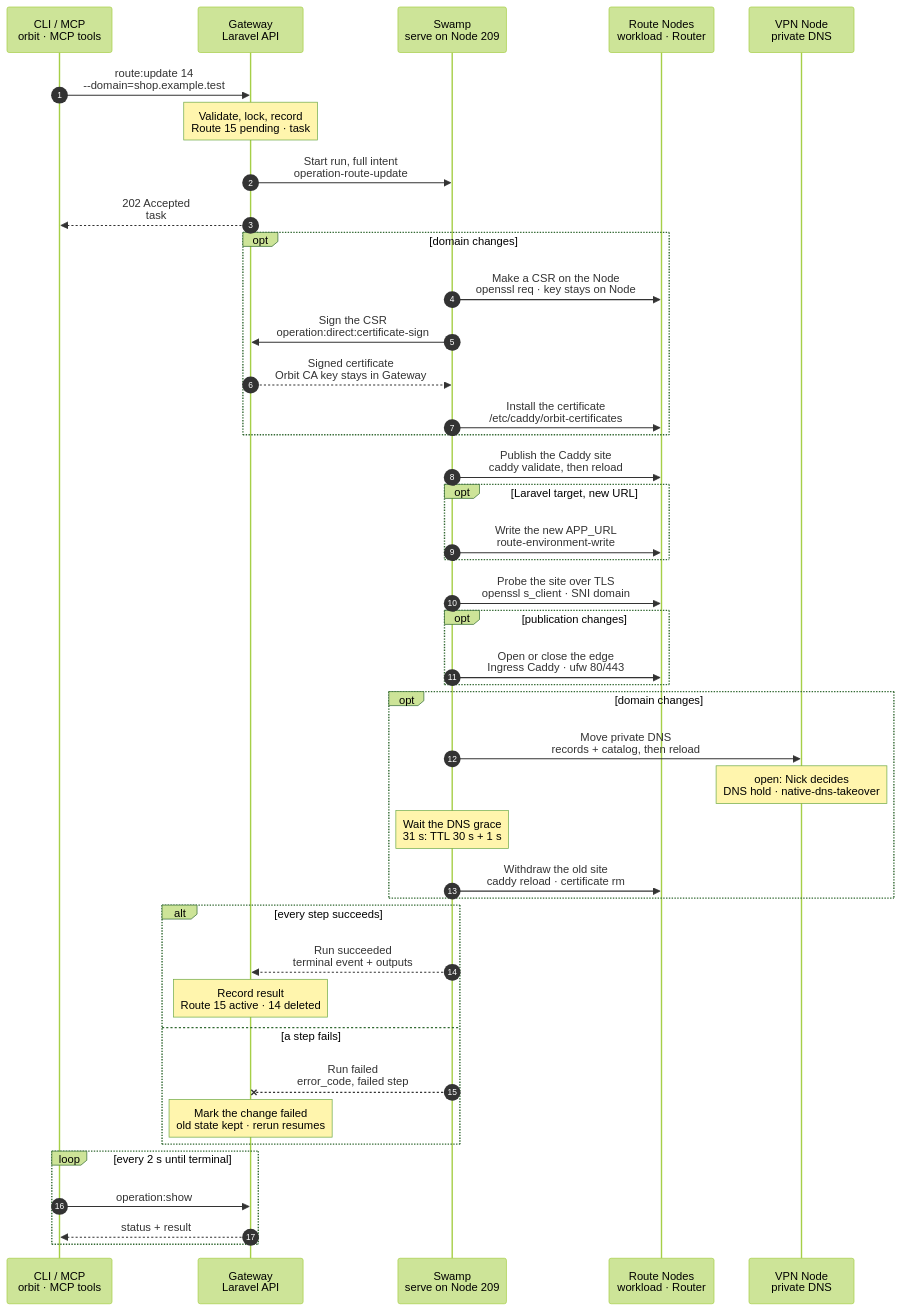
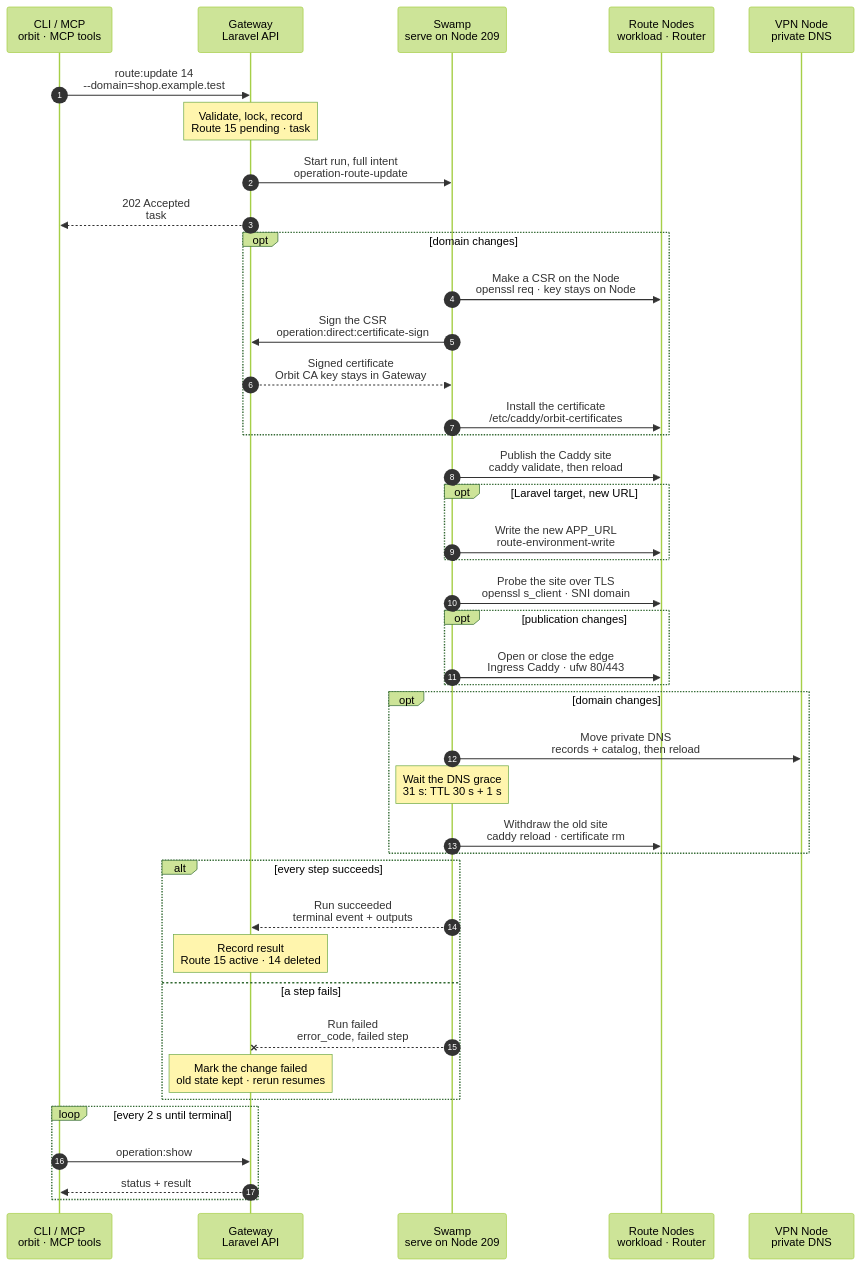
The diagram in docs/flows/route.update.mmd (hardimpactdev/orbit), drawn with Mermaid (forest theme) before and after one commit.

Commit message:
docs(flows): route.update

```diff
--- a/docs/flows/route.update.mmd
+++ b/docs/flows/route.update.mmd
@@ -1,154 +1,150 @@
 sequenceDiagram
-  %% Target design: ADR 0244 task, DECISIONS R1-R4 + 2 (DNS hold), firewall.allow shape, Gateway signs CSRs (root-of-trust), single-swamp-node. docs/cli/route.mdx, docs/reference/routes.md (Change an existing Route).
+  %% Target design: ADR 0244 task, DECISIONS R1-R4, firewall.allow shape, Gateway signs CSRs (root-of-trust), single-swamp-node. docs/cli/route.mdx, docs/reference/routes.md (Change an existing Route).
   %% status: draft
   %% command: route:update
   autonumber
   %% lane CLI icon=terminal pill=caller tone=gray
   %% lane GW icon=gateway pill=intent tone=blue
   %% lane SW icon=workflow pill=executes tone=green
   %% lane N icon=server pill=target tone=amber
   %% lane V icon=server pill=target tone=purple
   participant CLI as CLI / MCP<br/>orbit · MCP tools
   participant GW as Gateway<br/>Laravel API
   participant SW as Swamp<br/>serve on Node 209
   participant N as Route Nodes<br/>workload · Router
   participant V as VPN Node<br/>private DNS
   CLI->>GW: route:update 14<br/>--domain=shop.example.test
   %%> Command:
   %%> - `orbit route:update 14 --domain=shop.example.test`
   %%> - syntax: `<route> [--domain=DOMAIN] [--publication=private|public] [--web-root=PATH]`
   %%> Input:
   %%> - Route 14, with at least one option
   %%> - `--web-root` goes on its own; `--web-root=` clears it
   %%> Three changes:
   %%> - domain: a replacement Route takes over, so you get a new Route ID
   %%> - publication: the public edge opens or closes; the Route ID stays
   %%> - web root: the Caddy site serves another directory; the Route ID stays
   Note over GW: Validate, lock, record<br/>Route 15 pending · task #5160
   %%> Requirements:
   %%> - your Node has an access grant to Node 7, the Node of the Route's target
   %%> - Route 14 is an explicit app Route; generated domains change only through `instance:rename`
   %%> - the new domain is valid, free, and not reserved
   %%> - no other domain change runs for Route 14 (`route.domain_change_conflict`)
   %%> - a public Route needs production targets and a serving Ingress
   %%> Locks:
   %%> - the projection lock and the environment owner of every target Instance
   %%> - a busy lock is waited for up to 30 s, then `app-dev.projection_busy`
   %%> Result:
   %%> - for a domain change: replacement Route 15 recorded as `pending`, with the same Project, scope, targets and publication
   %%> - Route 14 stays `active` and is still the only Route that serves
   %%> - task #5160 recorded with the full intent; nothing has happened on a Node yet
   GW->>SW: Start run, full intent<br/>operation-route-update
   %%> What it does:
   %%> - starts one Swamp run on serve (Node 209)
   %%> Inputs:
   %%> - the rendered Caddy blocks before and after, per Node
   %%> - the certificate leaves, LAN tuples, DNS records and probes
   %%> - the new `APP_URL`; production `.env` material only as vault key names (R3)
   %%> - each Node's address and SSH host keys; the SSH identity comes from the `swamp` role
   GW-->>CLI: 202 Accepted<br/>task #5160
   %%> What you get:
   %%> - the task number, at once
   %%> Next:
   %%> - the CLI follows the task with `operation:show`
   opt domain changes
     SW->>N: Make a CSR on the Node<br/>openssl req · key stays on Node
     %%> How:
     %%> - Swamp reaches Node 7, and the Router for a Cluster Route, over `@swamp/ssh` from 209
     %%> What it does:
     %%> - makes a new key and a certificate request for `shop.example.test`, under Route 15's own scope
     %%> Why its own scope:
     %%> - the old site keeps its certificate until cleanup, so both names serve during the change
     SW->>GW: Sign the CSR<br/>operation:direct:certificate-sign
     %%> What it does:
     %%> - sends the CSRs with task #5160 and the run id
     %%> Why:
     %%> - the Orbit CA key stays in the Gateway; signing is the one step that calls the Gateway
     GW-->>SW: Signed certificate<br/>Orbit CA key stays in Gateway
     %%> Returns:
     %%> - one public certificate bundle per leaf
     SW->>N: Install the certificate<br/>/etc/caddy/orbit-certificates
     %%> What it does:
     %%> - writes the certificate next to its key, owned `root:caddy`, mode 0750, and checks it
   end
   SW->>N: Publish the Caddy site<br/>caddy validate, then reload
   %%> What it does:
   %%> - domain: adds the new site next to the old one
   %%> - web root: points the site at the new directory, after the web-root access step for a development target
   %%> - validates the whole Caddyfile, then reloads Caddy; never a restart (rule 7)
   %%> Refuses:
   %%> - a validation error; the old Caddyfile stays in place
   opt Laravel target, new URL
     SW->>N: Write the new APP_URL<br/>route-environment-write
     %%> What it does:
     %%> - development: sets `APP_URL` in `.env` and in the cached configuration
     %%> - production: renders the stored environment against the new Route and replaces only the home's `.env`
     %%> Not included:
     %%> - Composer, Artisan, deploy or restart commands
   end
   SW->>N: Probe the site over TLS<br/>openssl s_client · SNI domain
   %%> What it does:
   %%> - connects from 209 to the workload, or the Router, on port 443 with the new domain as SNI
   %%> - requires a chain the Orbit root trusts
   %%> Why:
   %%> - nothing moves to the new state before the site serves
   opt publication changes
     SW->>N: Open or close the edge<br/>Ingress Caddy · ufw 80/443
     %%> What it does:
     %%> - public: publishes the Ingress site, then opens `orbit:ingress-http` and `orbit:ingress-https`
     %%> - private: withdraws the Ingress site; closes both rules when no public Route is left in the Cluster
     %%> Not included:
     %%> - the public DNS record and Let's Encrypt issuance; Caddy retries issuance on its own
   end
   opt domain changes
     SW->>V: Move private DNS<br/>records + catalog, then reload
     %%> What it does:
     %%> - publishes `shop.example.test` and removes `shop.test`
     %%> - checks the loaded catalog and a DNS reply
     %%> Cutover:
     %%> - from here the new domain is the one that serves; a later failure recovers forward
-    Note over V: open: Nick decides<br/>DNS hold · native-dns-takeover
-    %%> Open:
-    %%> - DNS publication is under the DNS hold; Nick decides (rule 9)
-    %%> - until then, the run skips this step and Route work stays same-Node work
     Note over SW: Wait the DNS grace<br/>31 s: TTL 30 s + 1 s
     %%> Why:
     %%> - resolvers that honor the TTL stop asking for the old name before its site leaves
     %%> How:
     %%> - a native wait in the run; it holds no Gateway lock
     SW->>N: Withdraw the old site<br/>caddy reload · certificate rm
     %%> What it does:
     %%> - removes Route 14's site blocks and reloads Caddy
     %%> - then removes Route 14's certificate scopes and the LAN tuples no other Route needs
   end
   alt every step succeeds
     SW-->>GW: Run succeeded<br/>terminal event + outputs
     %%> How the Gateway learns it:
     %%> - its shared run reader sees the terminal event; Swamp never calls the Gateway
     Note over GW: Record result<br/>Route 15 active · 14 deleted
     %%> Result:
     %%> - domain: Route 15 becomes `active`; Route 14 is deleted and its domain released
     %%> - publication or web root: Route 14 keeps its ID and gets the new value
     %%> - task #5160 succeeds
   else a step fails
     SW--xGW: Run failed<br/>error_code, failed step
     %%> The Gateway reads:
     %%> - which step failed, its error code, and whether DNS had moved
     Note over GW: Mark the change failed<br/>old state kept · rerun resumes
     %%> Result before the DNS move:
     %%> - Route 15 is marked `failed`; Route 14 stays `active` and unchanged
     %%> - the new site stays on the Node; it serves no name, so it is harmless
     %%> Result after the DNS move:
     %%> - Route 15 serves; Route 14 is `retiring` until a rerun finishes cleanup
     %%> Retry:
     %%> - run the same command again; it skips finished steps and continues
     %%> - to abandon a change that never moved DNS, run `route:destroy 15`
   end
   loop every 2 s until terminal
     CLI->>GW: operation:show #5160
     %%> What it does:
     %%> - asks for the task's status every 2 seconds until it has ended
     GW-->>CLI: status + result
     %%> Returns:
     %%> - the current status, and the result once the task has ended
   end
```
